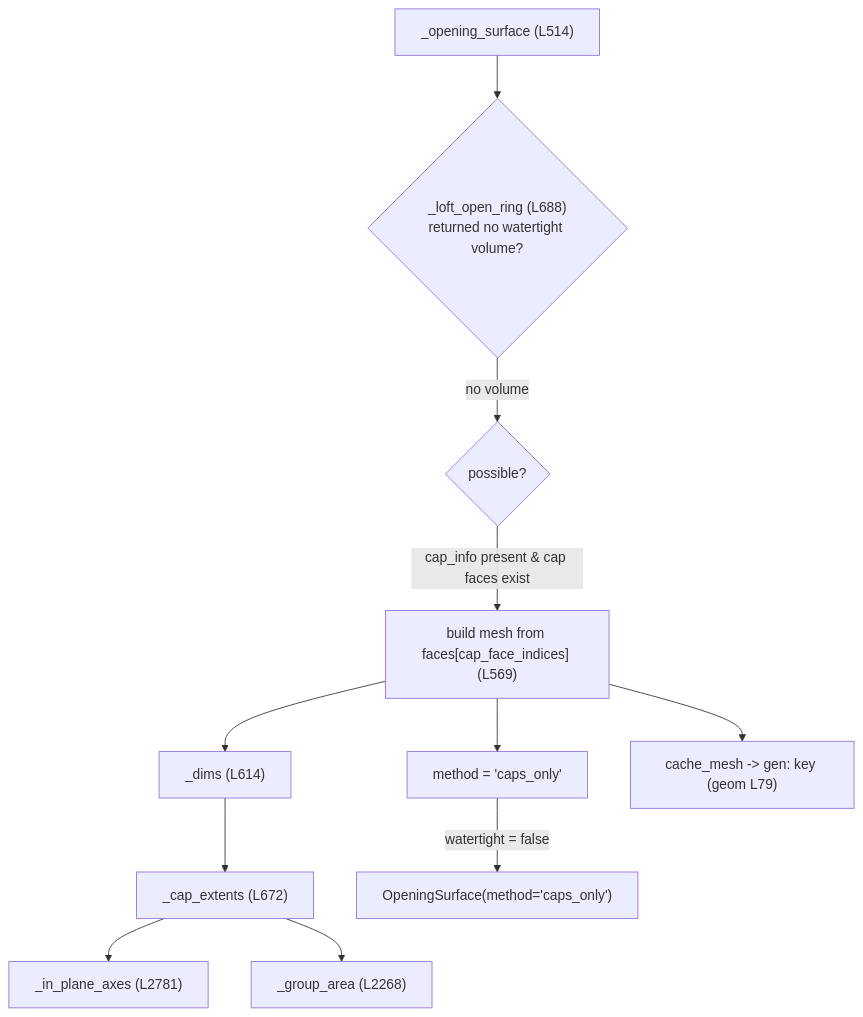
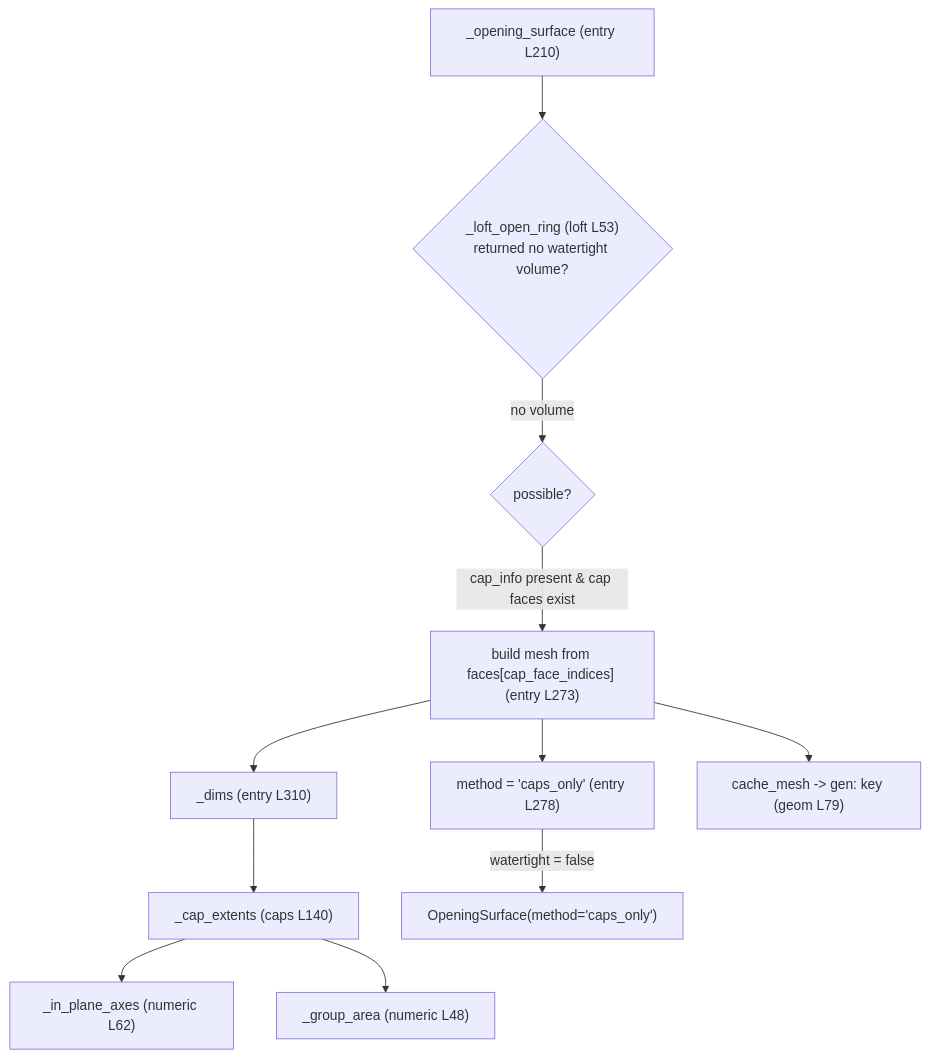
Before and after one commit to Digital-Building-Process-TU-Wien/rcc4all: the fourth of 5 diagrams in app/runner/src/openbim_runner/nodes/opening_surface/process.md, drawn with Mermaid. The commit also changed other lines of this file and 13 other files, not shown here.

Commit message:
refactor: split opening_surface node into helper modules

````diff
--- a/app/runner/src/openbim_runner/nodes/opening_surface/process.md
+++ b/app/runner/src/openbim_runner/nodes/opening_surface/process.md
@@ -193,11 +208,11 @@
 ```mermaid
 flowchart TD
-    P["_opening_surface (L514)"] --> V{"_loft_open_ring (L688)\nreturned no watertight volume?"}
+    P["_opening_surface (entry L210)"] --> V{"_loft_open_ring (loft L53)\nreturned no watertight volume?"}
     V -- "no volume" --> C{"possible?"}
-    C -- "cap_info present & cap faces exist" --> CAP["build mesh from faces[cap_face_indices] (L569)"]
-    CAP --> LWS["method = 'caps_only'"]
-    CAP --> D1["_dims (L614)"]
-    D1 --> D1a["_cap_extents (L672)"] --> D1a1["_in_plane_axes (L2781)"] & D1a2["_group_area (L2268)"]
+    C -- "cap_info present & cap faces exist" --> CAP["build mesh from faces[cap_face_indices] (entry L273)"]
+    CAP --> LWS["method = 'caps_only' (entry L278)"]
+    CAP --> D1["_dims (entry L310)"]
+    D1 --> D1a["_cap_extents (caps L140)"] --> D1a1["_in_plane_axes (numeric L62)"] & D1a2["_group_area (numeric L48)"]
     CAP --> CACHE["cache_mesh -> gen: key (geom L79)"]
     LWS -- "watertight = false" --> Z["OpeningSurface(method='caps_only')"]
 ```
````
